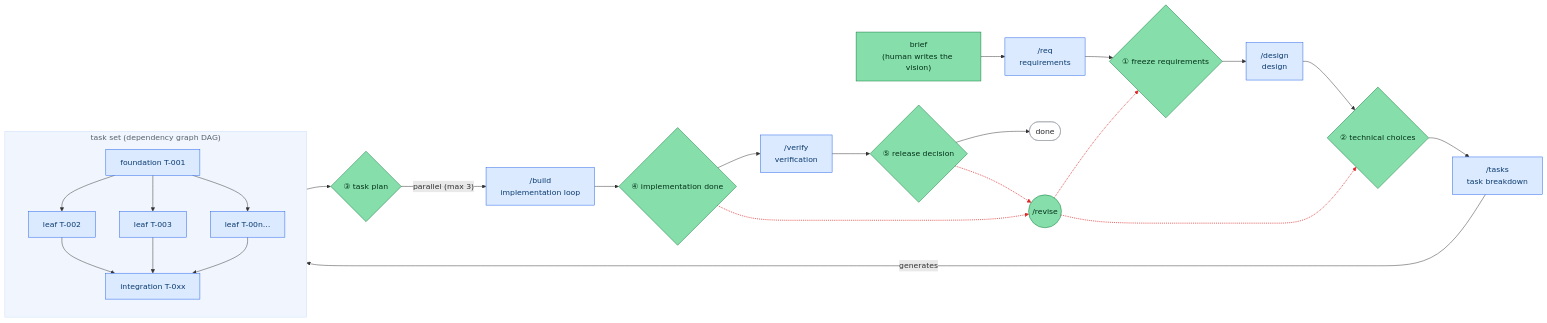
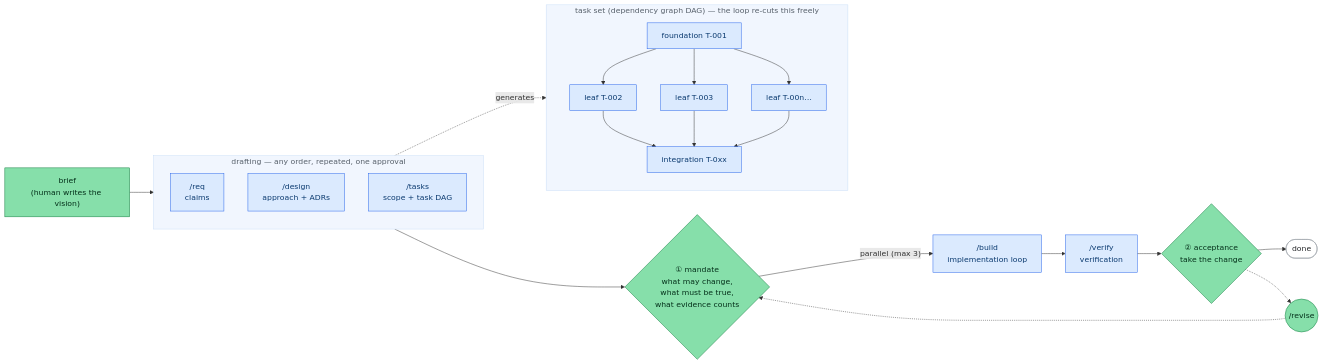
One commit to komoroko/loose-rein-kit changed the diagram in README.md. Above: the diagram before and after it, drawn with Mermaid. The commit also changed other lines of this file and 192 other files, not shown here.

````diff
--- a/README.md
+++ b/README.md
@@ -14,48 +16,47 @@
 ```mermaid
 flowchart LR
     brief["brief<br/>(human writes the vision)"]:::human
-    req["/req<br/>requirements"]:::agent
-    g1{"① freeze requirements"}:::human
-    design["/design<br/>design"]:::agent
-    g2{"② technical choices"}:::human
-    tasks["/tasks<br/>task breakdown"]:::agent
-    g3{"③ task plan"}:::human
+
+    subgraph DRAFT["drafting — any order, repeated, one approval"]
+        direction TB
+        req["/req<br/>claims"]:::agent
+        design["/design<br/>approach + ADRs"]:::agent
+        tasks["/tasks<br/>scope + task DAG"]:::agent
+    end
+
+    g1{"① mandate<br/>what may change,<br/>what must be true,<br/>what evidence counts"}:::human
     build["/build<br/>implementation loop"]:::agent
-    g4{"④ implementation done"}:::human
     verify["/verify<br/>verification"]:::agent
-    g5{"⑤ release decision"}:::human
+    g2{"② acceptance<br/>take the change"}:::human
     done(["done"])
 
-    subgraph TASKS["task set (dependency graph DAG)"]
+    subgraph TASKS["task set (dependency graph DAG) — the loop re-cuts this freely"]
         direction TB
         T1["foundation T-001"]:::agent
         T2["leaf T-002"]:::agent
         T3["leaf T-003"]:::agent
         Tn["leaf T-00n…"]:::agent
         TI["integration T-0xx"]:::agent
         T1 --> T2
         T1 --> T3
         T1 --> Tn
         T2 --> TI
         T3 --> TI
         Tn --> TI
     end
 
-    brief --> req --> g1 --> design --> g2 --> tasks
-    tasks -->|generates| T1
-    TI --> g3
-    g3 -->|"parallel (max 3)"| build
-    build --> g4 --> verify --> g5 --> done
+    brief --> DRAFT --> g1
+    g1 -->|"parallel (max 3)"| build
+    tasks -.->|generates| T1
+    build --> verify --> g2 --> done
 
     RV(("/revise")):::human
-    g4 -.-> RV
-    g5 -.-> RV
+    g2 -.-> RV
     RV -.-> g1
-    RV -.-> g2
 
     classDef agent fill:#dbeafe,stroke:#2563eb,color:#0b3a6f;
     classDef human fill:#86dfaa,stroke:#0f7a3d,color:#04301a;
+    style DRAFT fill:#f1f6fe,stroke:#c9ddf7,color:#57606a;
     style TASKS fill:#f1f6fe,stroke:#c9ddf7,color:#57606a;
     style done fill:#ffffff,stroke:#9aa0a6,color:#26282b;
-    linkStyle 18,19,20,21 stroke:#dc2626,color:#dc2626,stroke-width:1.5px;
 ```
````
